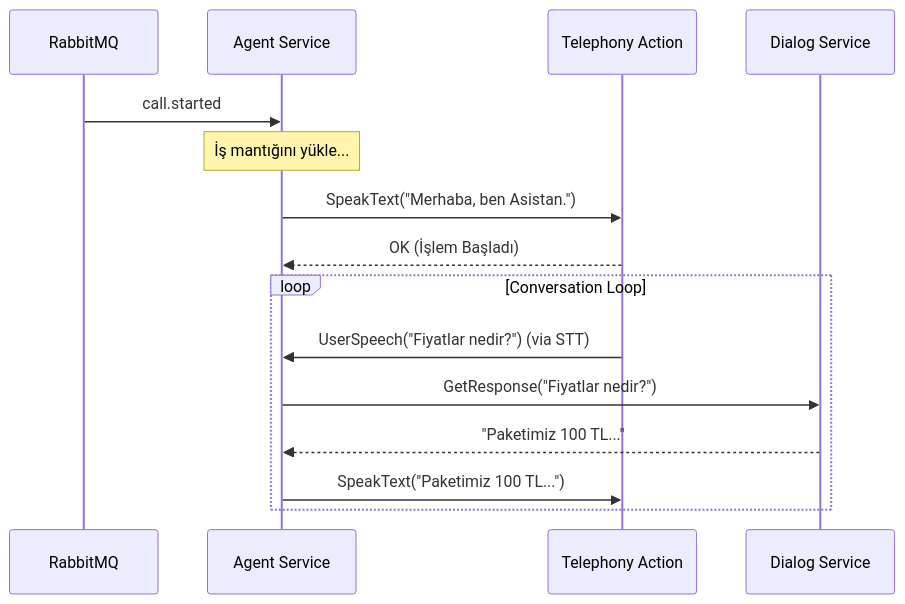
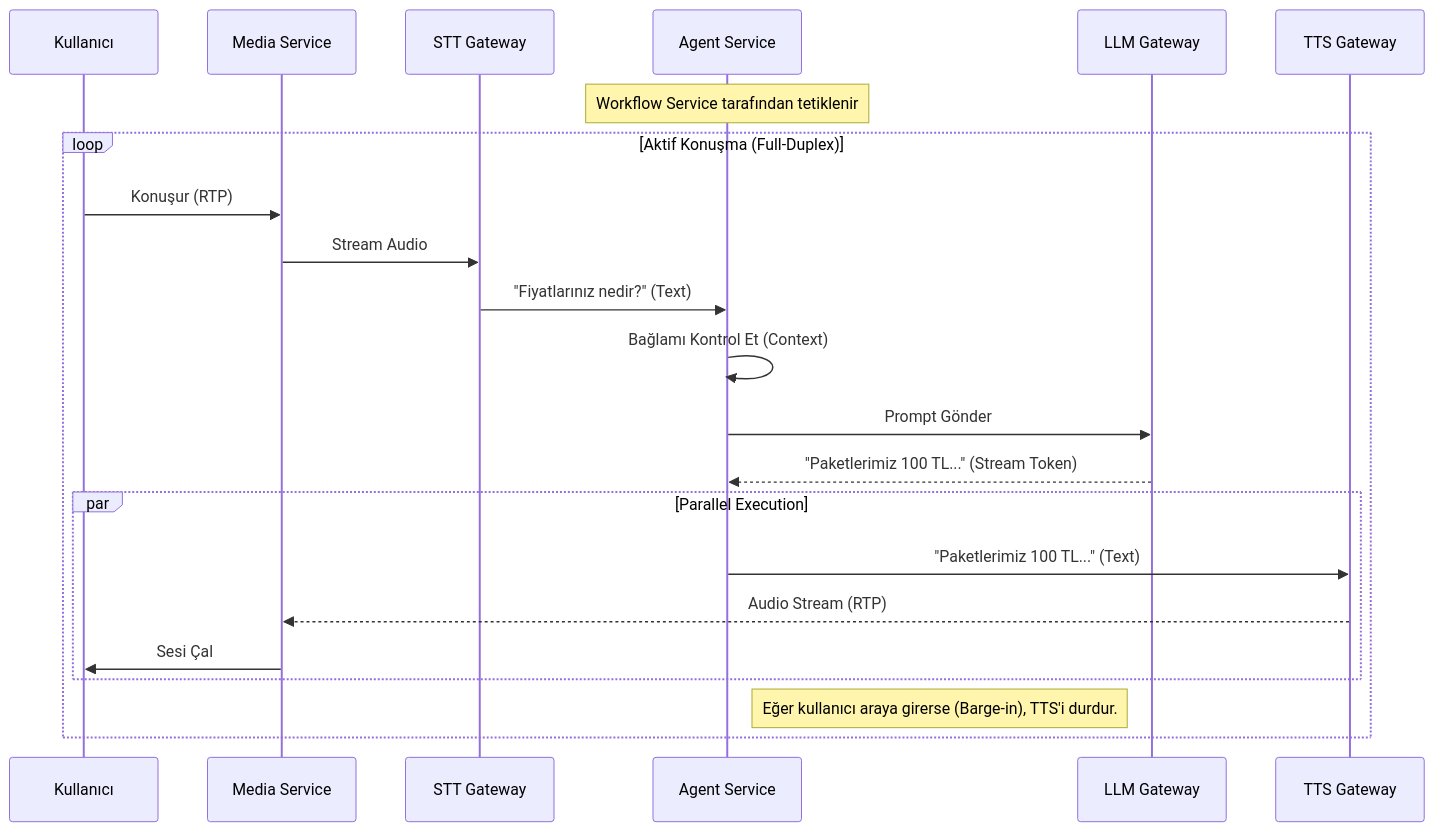
One commit to sentiric/sentiric-agent-service changed the diagram in LOGIC.md. Above: the diagram before and after it, drawn with Mermaid. The commit also changed other lines of this file, not shown here.

Commit message:
docs(logic): update logic to reflect conversation specialist role
- Removed orchestration flow diagrams.
- Added detailed Full-Duplex Dialogue Loop diagram.
- Explicitly defined boundaries (no call control, only media control).

````diff
--- a/LOGIC.md
+++ b/LOGIC.md
@@ -24,21 +9,29 @@
 ```mermaid
 sequenceDiagram
-    participant MQ as RabbitMQ
+    participant User as Kullanıcı
+    participant Media as Media Service
+    participant STT as STT Gateway
     participant Agent as Agent Service
-    participant TAS as Telephony Action
-    participant Dialog as Dialog Service
+    participant LLM as LLM Gateway
+    participant TTS as TTS Gateway
 
-    MQ->>Agent: call.started
-    
-    Note over Agent: İş mantığını yükle...
-    
-    Agent->>TAS: SpeakText("Merhaba, ben Asistan.")
-    TAS-->>Agent: OK (İşlem Başladı)
-    
-    loop Conversation Loop
-        TAS->>Agent: UserSpeech("Fiyatlar nedir?") (via STT)
-        Agent->>Dialog: GetResponse("Fiyatlar nedir?")
-        Dialog-->>Agent: "Paketimiz 100 TL..."
-        Agent->>TAS: SpeakText("Paketimiz 100 TL...")
+    Note over Agent: Workflow Service tarafından tetiklenir
+
+    loop Aktif Konuşma (Full-Duplex)
+        User->>Media: Konuşur (RTP)
+        Media->>STT: Stream Audio
+        STT->>Agent: "Fiyatlarınız nedir?" (Text)
+        
+        Agent->>Agent: Bağlamı Kontrol Et (Context)
+        Agent->>LLM: Prompt Gönder
+        LLM-->>Agent: "Paketlerimiz 100 TL..." (Stream Token)
+        
+        par Parallel Execution
+            Agent->>TTS: "Paketlerimiz 100 TL..." (Text)
+            TTS-->>Media: Audio Stream (RTP)
+            Media->>User: Sesi Çal
+        end
+        
+        Note right of Agent: Eğer kullanıcı araya girerse (Barge-in), TTS'i durdur.
     end
 ```
````
